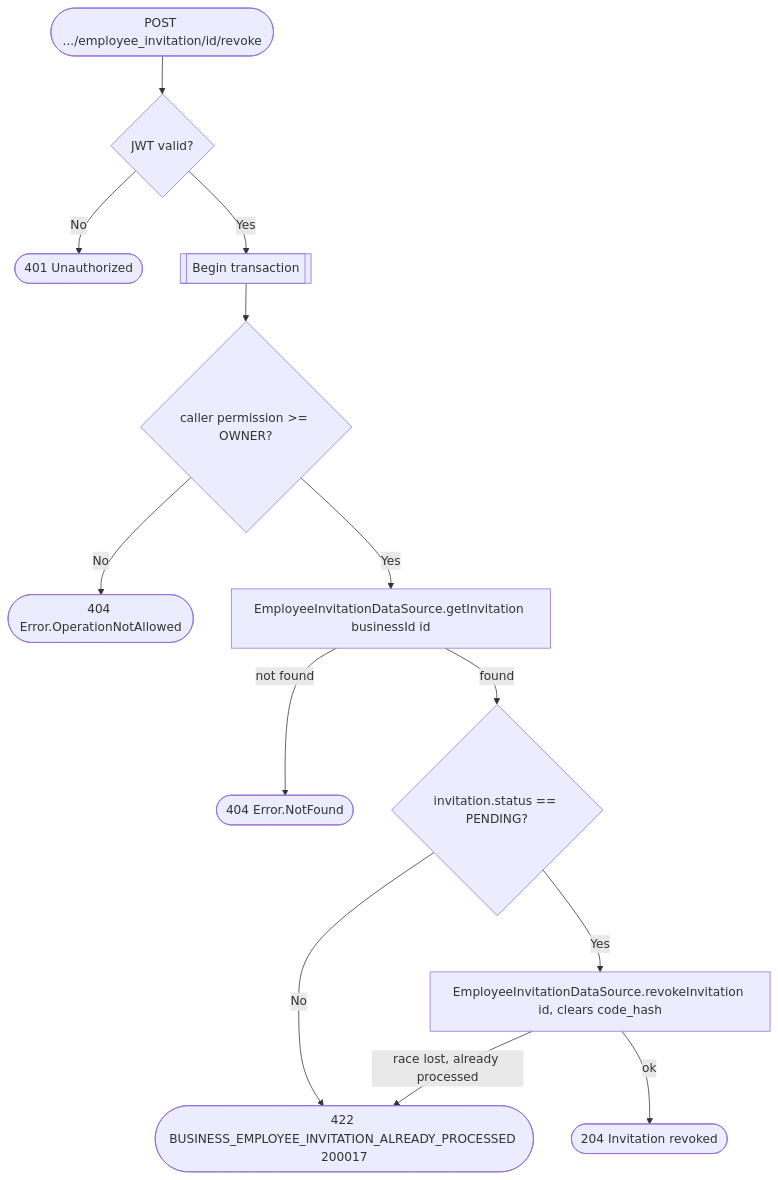
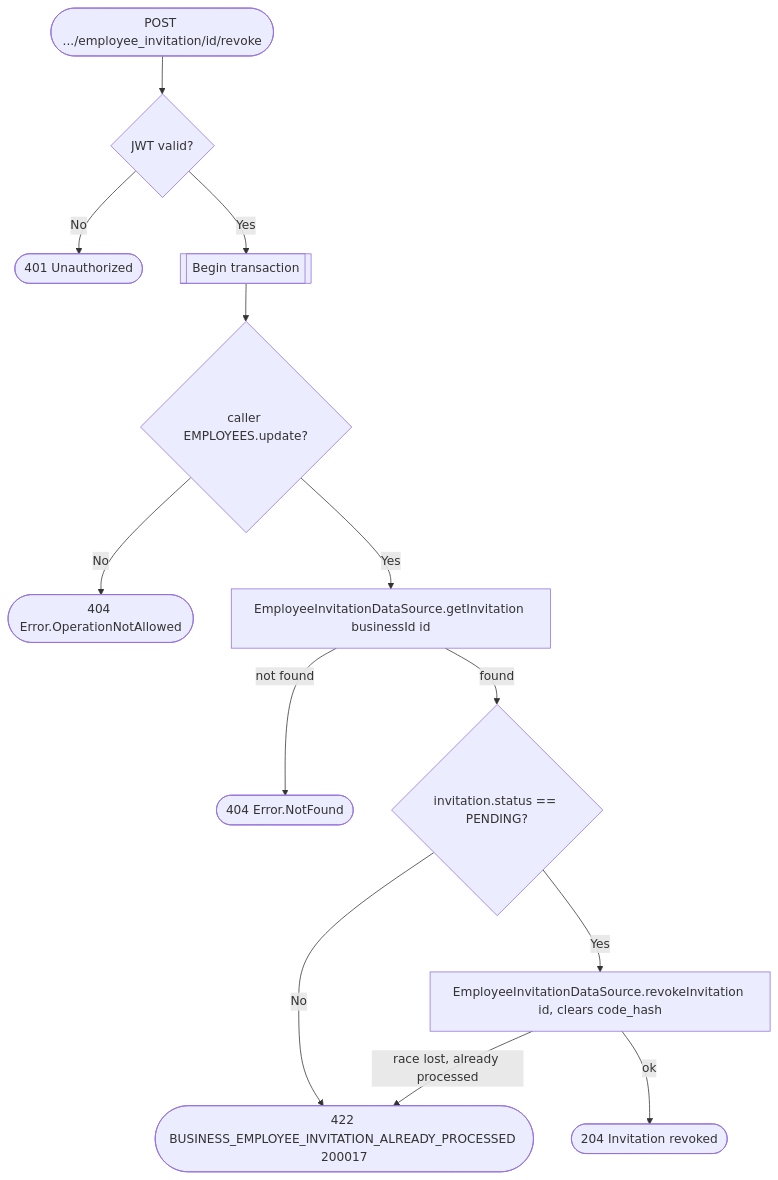
The diagram in docs/operations/business/revoke-employee-invitation.md (an22/bookk.me-backend), drawn with Mermaid before and after one commit. The commit also changed other lines of this file and 157 other files, not shown here.

````diff
--- a/docs/operations/business/revoke-employee-invitation.md
+++ b/docs/operations/business/revoke-employee-invitation.md
@@ -15,15 +15,15 @@
 ```mermaid
 flowchart TD
     Start([POST .../employee_invitation/id/revoke]) --> Auth{JWT valid?}
     Auth -- No --> R401([401 Unauthorized])
     Auth -- Yes --> Tx[[Begin transaction]]
-    Tx --> Perm{caller permission >= OWNER?}
+    Tx --> Perm{caller EMPLOYEES.update?}
     Perm -- No --> R404a([404 Error.OperationNotAllowed])
     Perm -- Yes --> GetInvite[EmployeeInvitationDataSource.getInvitation businessId id]
     GetInvite -- not found --> R404b([404 Error.NotFound])
     GetInvite -- found --> Status{invitation.status == PENDING?}
     Status -- No --> R422([422 BUSINESS_EMPLOYEE_INVITATION_ALREADY_PROCESSED 200017])
     Status -- Yes --> Revoke[EmployeeInvitationDataSource.revokeInvitation id, clears code_hash]
     Revoke -- race lost, already processed --> R422
     Revoke -- ok --> R204([204 Invitation revoked])
 ```
````
